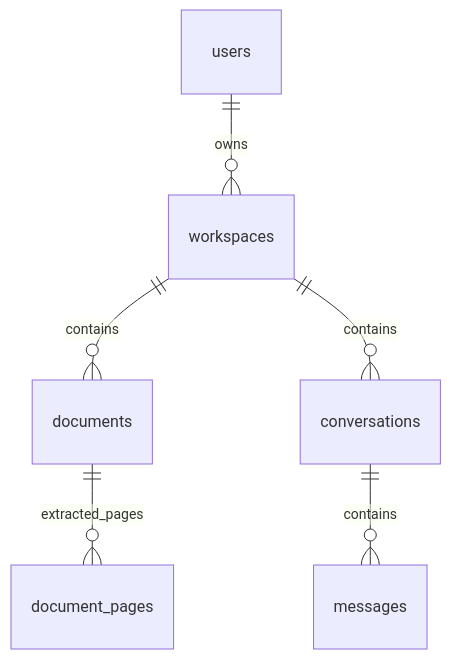
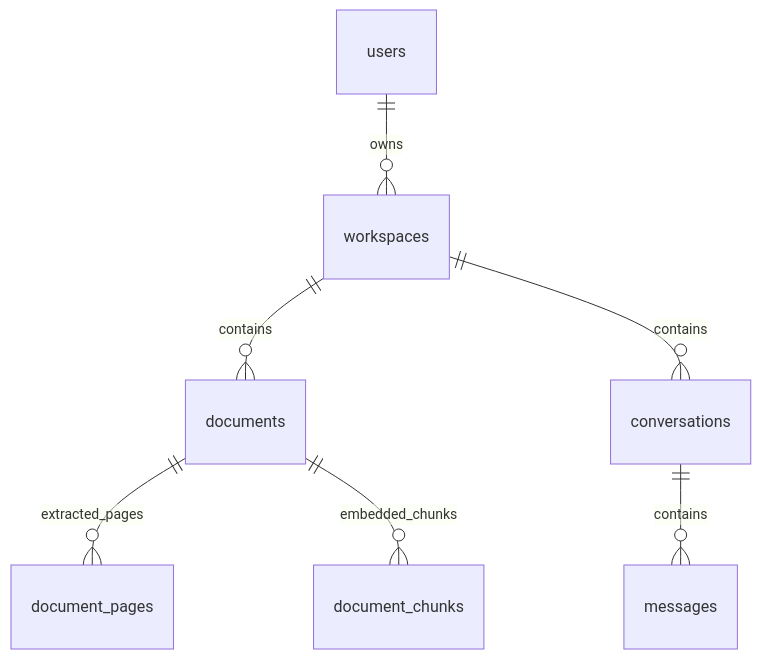
One commit to TranDuc169/Private-AI changed the diagram in docs/SCHEMA.md. Above: the diagram before and after it, drawn with Mermaid. The commit also changed other lines of this file and 37 other files, not shown here.

````diff
--- a/docs/SCHEMA.md
+++ b/docs/SCHEMA.md
@@ -3,8 +3,9 @@
 ```mermaid
 erDiagram
     users ||--o{ workspaces : owns
     workspaces ||--o{ documents : contains
     documents ||--o{ document_pages : extracted_pages
+    documents ||--o{ document_chunks : embedded_chunks
     workspaces ||--o{ conversations : contains
     conversations ||--o{ messages : contains
 ```
````
